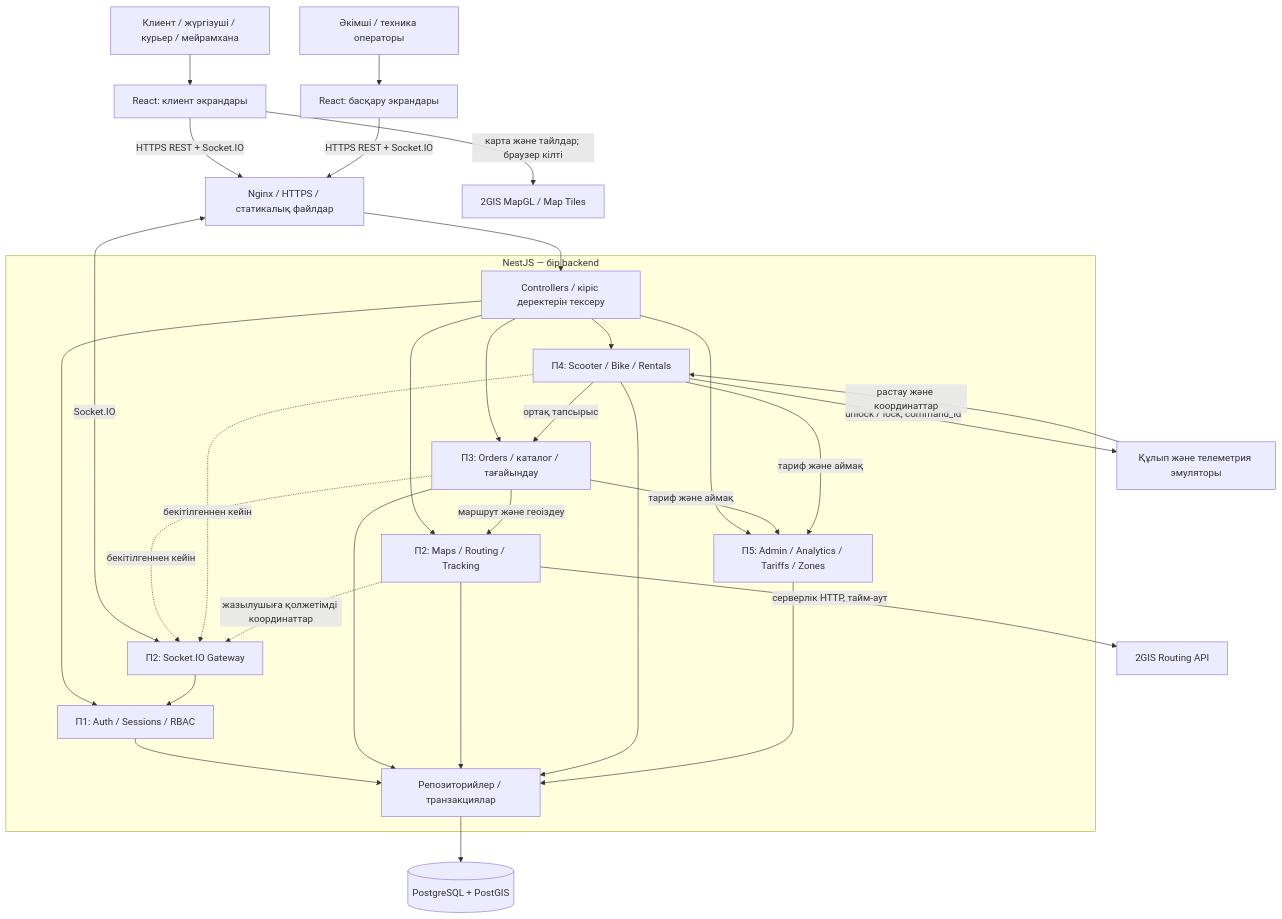
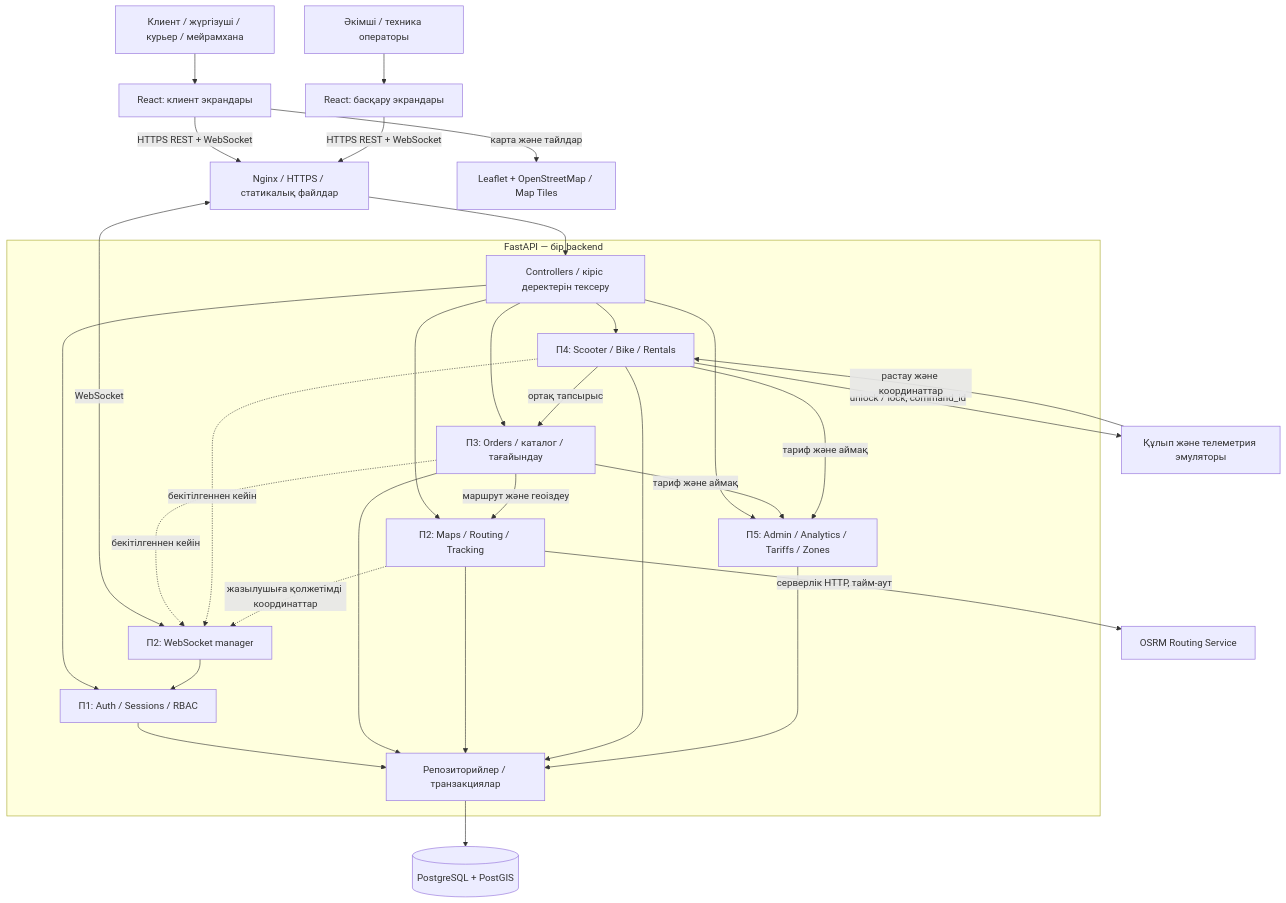
One commit to Akira-vs96/YaGO changed the diagram in docs/week-02/p2/kk/diagrams/architecture-target.mmd. Above: the diagram before and after it, drawn with Mermaid. The commit also changed 27 other files, not shown here.

```diff
--- a/docs/week-02/p2/kk/diagrams/architecture-target.mmd
+++ b/docs/week-02/p2/kk/diagrams/architecture-target.mmd
@@ -1,43 +1,43 @@
 %% Generated from p2/kk/diagrams/architecture-target.mmd; edit the Mermaid block there.
 flowchart TB
     Client["Клиент / жүргізуші / курьер / мейрамхана"] --> Web["React: клиент экрандары"]
     Staff["Әкімші / техника операторы"] --> AdminUI["React: басқару экрандары"]
-    Web -->|"HTTPS REST + Socket.IO"| Edge["Nginx / HTTPS / статикалық файлдар"]
-    AdminUI -->|"HTTPS REST + Socket.IO"| Edge
-    Web -->|"карта және тайлдар; браузер кілті"| MapGL["2GIS MapGL / Map Tiles"]
+    Web -->|"HTTPS REST + WebSocket"| Edge["Nginx / HTTPS / статикалық файлдар"]
+    AdminUI -->|"HTTPS REST + WebSocket"| Edge
+    Web -->|"карта және тайлдар"| MapTiles["Leaflet + OpenStreetMap / Map Tiles"]
 
-    subgraph Backend["NestJS — бір backend"]
+    subgraph Backend["FastAPI — бір backend"]
         API["Controllers / кіріс деректерін тексеру"]
         Auth["П1: Auth / Sessions / RBAC"]
         Orders["П3: Orders / каталог / тағайындау"]
         Maps["П2: Maps / Routing / Tracking"]
         Rentals["П4: Scooter / Bike / Rentals"]
         Admin["П5: Admin / Analytics / Tariffs / Zones"]
-        RT["П2: Socket.IO Gateway"]
+        RT["П2: WebSocket manager"]
         Storage["Репозиторийлер / транзакциялар"]
     end
 
     Edge --> API
-    Edge <-->|"Socket.IO"| RT
+    Edge <-->|"WebSocket"| RT
     API --> Auth
     RT --> Auth
     API --> Orders
     API --> Maps
     API --> Rentals
     API --> Admin
     Orders -->|"маршрут және геоіздеу"| Maps
     Rentals -->|"ортақ тапсырыс"| Orders
     Orders -->|"тариф және аймақ"| Admin
     Rentals -->|"тариф және аймақ"| Admin
-    Maps -->|"серверлік HTTP, тайм-аут"| Routing["2GIS Routing API"]
+    Maps -->|"серверлік HTTP, тайм-аут"| Routing["OSRM Routing Service"]
     Rentals -->|"unlock / lock, command_id"| Emulator["Құлып және телеметрия эмуляторы"]
     Emulator -->|"растау және координаттар"| Rentals
     Auth --> Storage
     Orders --> Storage
     Maps --> Storage
     Rentals --> Storage
     Admin --> Storage
     Storage --> DB[("PostgreSQL + PostGIS")]
     Orders -.->|"бекітілгеннен кейін"| RT
     Rentals -.->|"бекітілгеннен кейін"| RT
     Maps -.->|"жазылушыға қолжетімді координаттар"| RT
```
